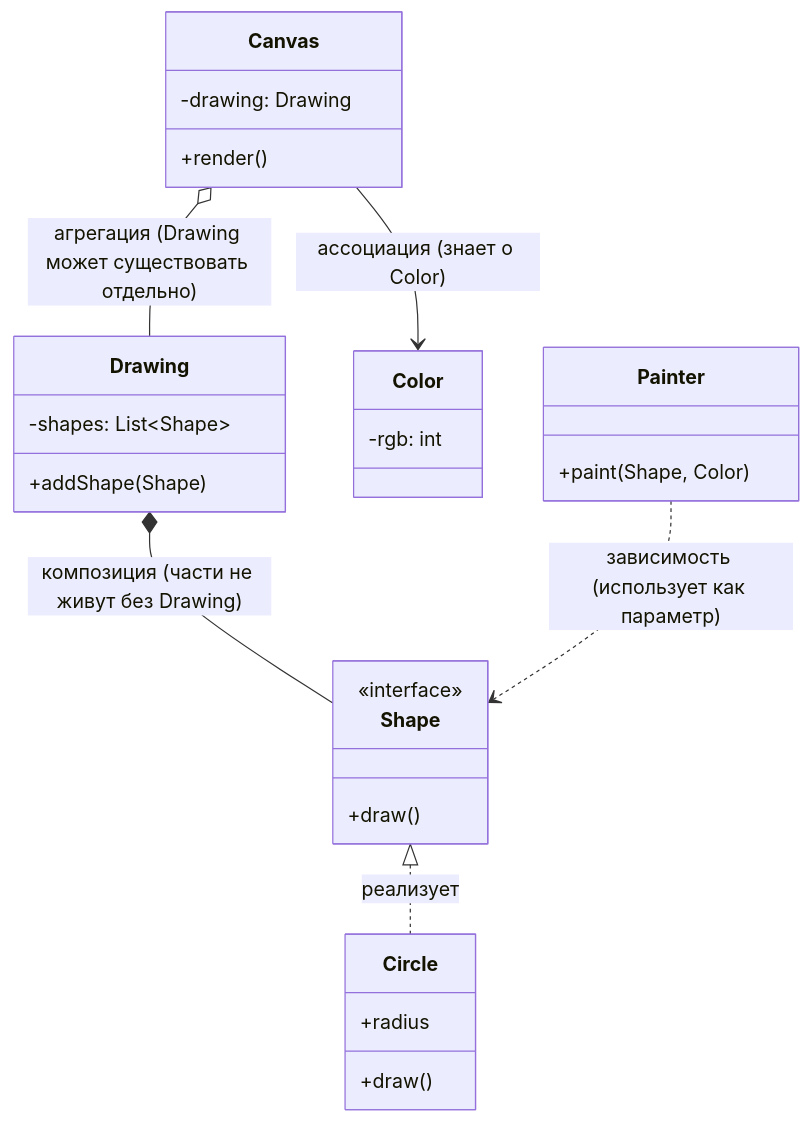
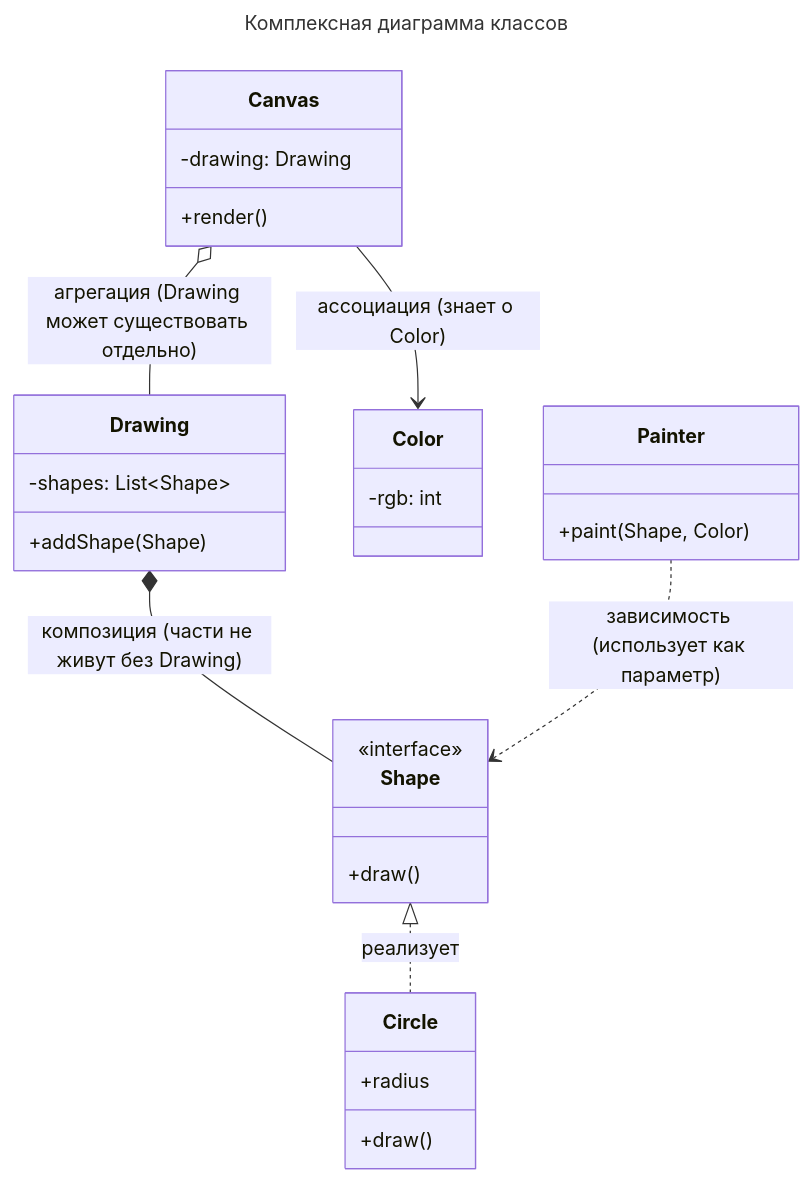
Before and after one commit to mrtxee/enterprise-developer-almanac: diagram 13 of 13 in software-engineer/notation/UML.md, drawn with Mermaid. The commit also changed other lines of this file and 209 other files, not shown here.

````diff
--- a/software-engineer/notation/UML.md
+++ b/software-engineer/notation/UML.md
@@ -309,36 +327,39 @@
 ```mermaid
+---
+title: Комплексная диаграмма классов
+---
 classDiagram
     class Shape {
         <<interface>>
         +draw()
     }
     
     class Circle {
         +radius
         +draw()
     }
     
     class Drawing {
         -shapes: List~Shape~
         +addShape(Shape)
     }
     
     class Canvas {
         -drawing: Drawing
         +render()
     }
     
     class Color {
         -rgb: int
     }
     
     class Painter {
         +paint(Shape, Color)
     }
 
     Shape <|.. Circle : реализует
     Drawing *-- Shape : композиция (части не живут без Drawing)
     Canvas o-- Drawing : агрегация (Drawing может существовать отдельно)
     Canvas --> Color : ассоциация (знает о Color)
     Painter ..> Shape : зависимость (использует как параметр)
 ```
````
